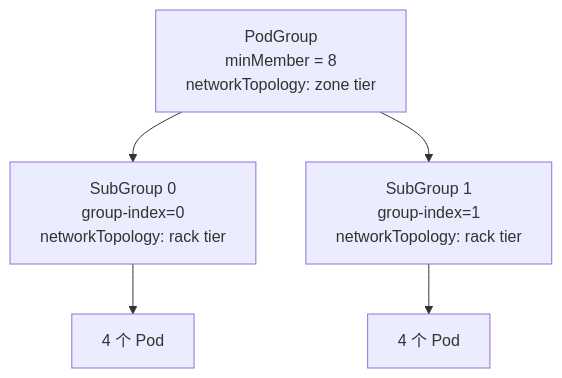
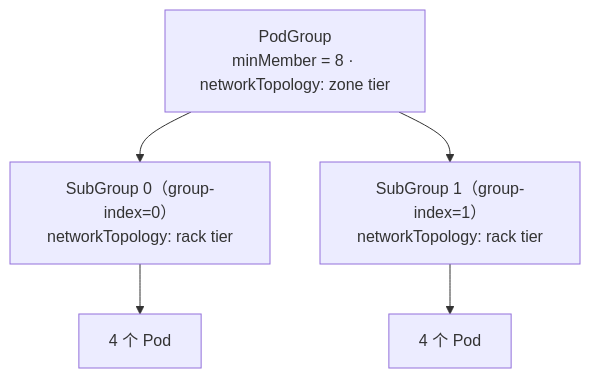
The fifth of 11 diagrams in docs/research/k8s-workload-aware-scheduling-vs-volcano-cn.md (JesseStutler/volcano), drawn with Mermaid before and after one commit. The commit also changed other lines of this file and 1 other file, not shown here.

First line of the commit message:
docs: tighten report for sharing and add single-Pod vs PodGroup flow

````diff
--- a/docs/research/k8s-workload-aware-scheduling-vs-volcano-cn.md
+++ b/docs/research/k8s-workload-aware-scheduling-vs-volcano-cn.md
@@ -272,10 +206,10 @@
 ```mermaid
 flowchart TD
-    VPG["PodGroup<br/>minMember = 8<br/>networkTopology: zone tier"]
-    S0["SubGroup 0<br/>group-index=0<br/>networkTopology: rack tier"]
-    S1["SubGroup 1<br/>group-index=1<br/>networkTopology: rack tier"]
+    VPG["PodGroup<br/>minMember = 8 · networkTopology: zone tier"]
+    S0["SubGroup 0（group-index=0）<br/>networkTopology: rack tier"]
+    S1["SubGroup 1（group-index=1）<br/>networkTopology: rack tier"]
     VPG --> S0
     VPG --> S1
     S0 --> VP0["4 个 Pod"]
     S1 --> VP1["4 个 Pod"]
 ```
````
